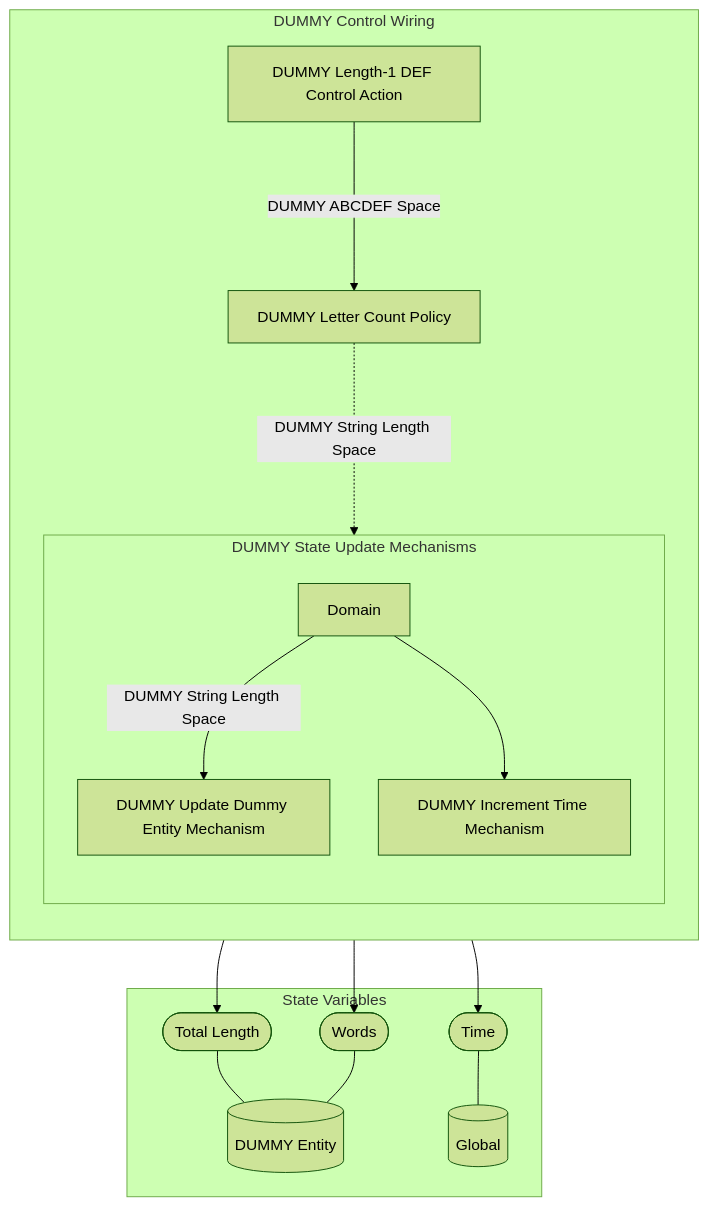
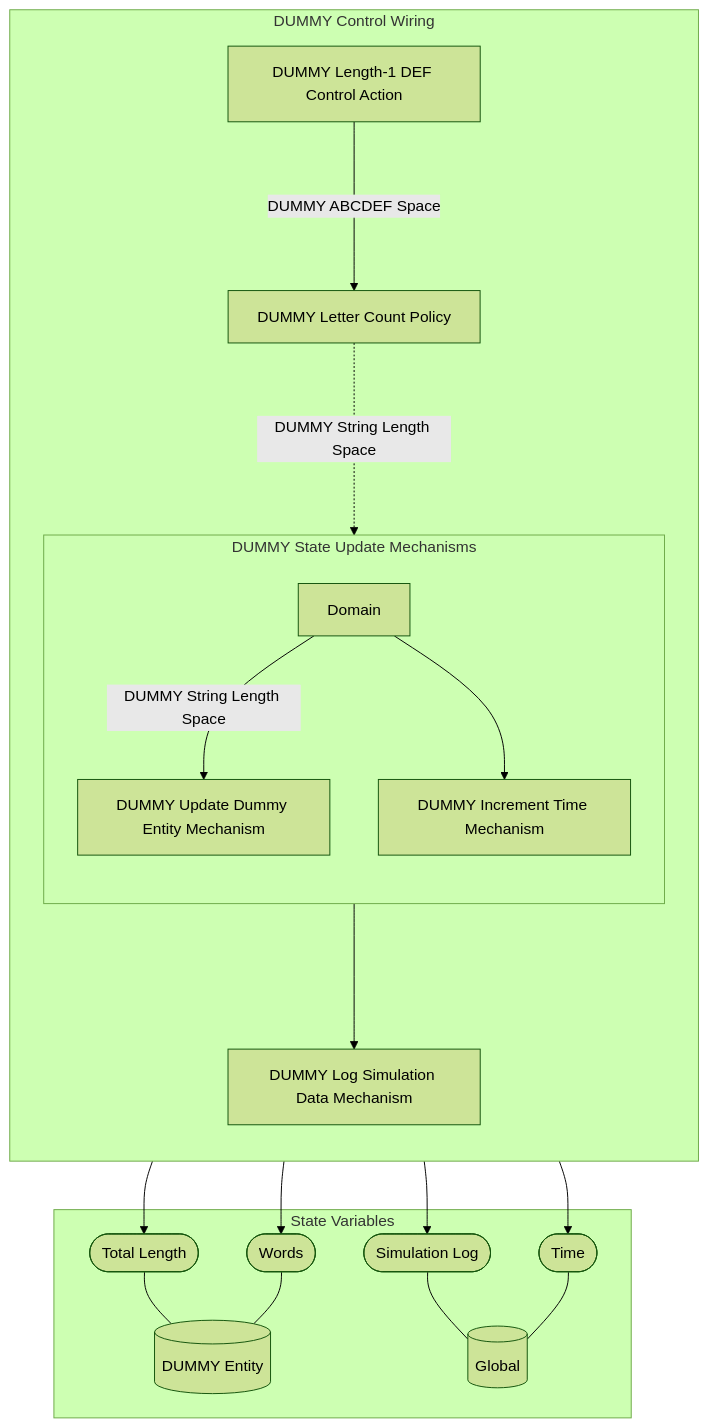
The diagram in reports/obsidian/Wiring/DUMMY Control Wiring.md (BlockScience/MSML-Template), drawn with Mermaid (forest theme) before and after one commit. The commit also changed other lines of this file and 16 other files, not shown here.

Commit message:
Log simulation into spec

````diff
--- a/reports/obsidian/Wiring/DUMMY Control Wiring.md
+++ b/reports/obsidian/Wiring/DUMMY Control Wiring.md
@@ -3,36 +3,41 @@
 ```mermaid
 graph TB
 
 subgraph SVS["State Variables"]
 EE0[("DUMMY Entity")]
 EE1[("Global")]
 EES0(["Total Length"])
 EES0 --- EE0
 EES1(["Words"])
 EES1 --- EE0
-EES2(["Time"])
+EES2(["Simulation Log"])
 EES2 --- EE1
+EES3(["Time"])
+EES3 --- EE1
 end
 
-subgraph X8["DUMMY Control Wiring"]
+subgraph X9["DUMMY Control Wiring"]
 direction TB
 X1["DUMMY Length-1 DEF Control Action"]
 X2["DUMMY Letter Count Policy"]
 subgraph X7["DUMMY State Update Mechanisms"]
 direction TB
 X3["DUMMY Update Dummy Entity Mechanism"]
 X3 --> EES1
 X3 --> EES0
 X4["DUMMY Increment Time Mechanism"]
-X4 --> EES2
+X4 --> EES3
 X5[Domain]
 
 direction LR
 direction TB
 X5 --"DUMMY String Length Space"--> X3
 X5 --> X4
 end
+X8["DUMMY Log Simulation Data Mechanism"]
+X8 --> EES2
 X1--"DUMMY ABCDEF Space"--->X2
 X2-."DUMMY String Length Space"..->X7
+X7--->X8
 end
 ```
````
